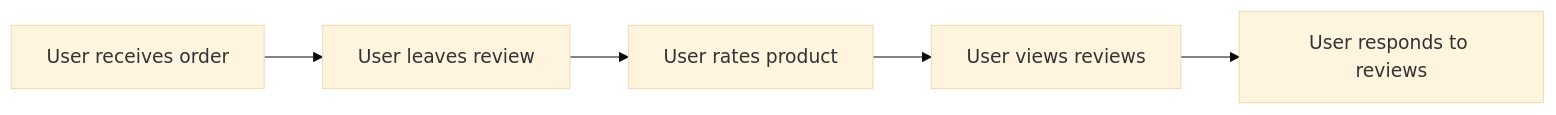
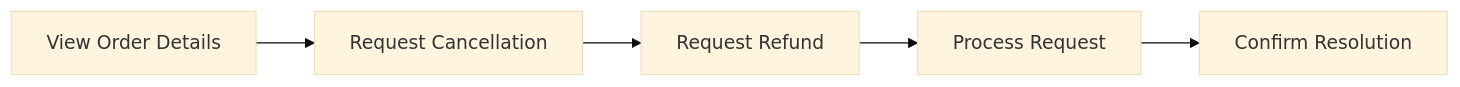
Before and after one commit to wrtnlabs/autobe-examples: diagram 13 of 20 in mistralai/codestral-2508/shopping/docs/analysis/03-user-flows.md, drawn with Mermaid (base theme). The commit also changed other lines of this file and 7173 other files, not shown here.

````diff
--- a/mistralai/codestral-2508/shopping/docs/analysis/03-user-flows.md
+++ b/mistralai/codestral-2508/shopping/docs/analysis/03-user-flows.md
@@ -281,7 +139,7 @@
 ```mermaid
-flowchart LR
-    A["User receives order"] --> B["User leaves review"]
-    B --> C["User rates product"]
-    C --> D["User views reviews"]
-    D --> E["User responds to reviews"]
+graph LR
+    A["View Order Details"] --> B["Request Cancellation"]
+    B --> C["Request Refund"]
+    C --> D["Process Request"]
+    D --> E["Confirm Resolution"]
 ```
````
